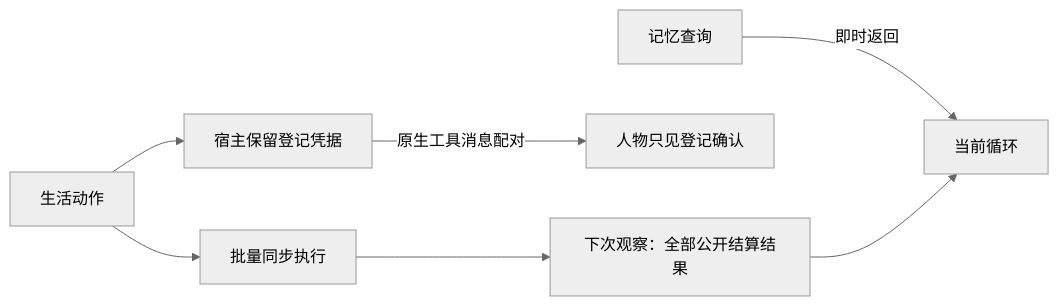
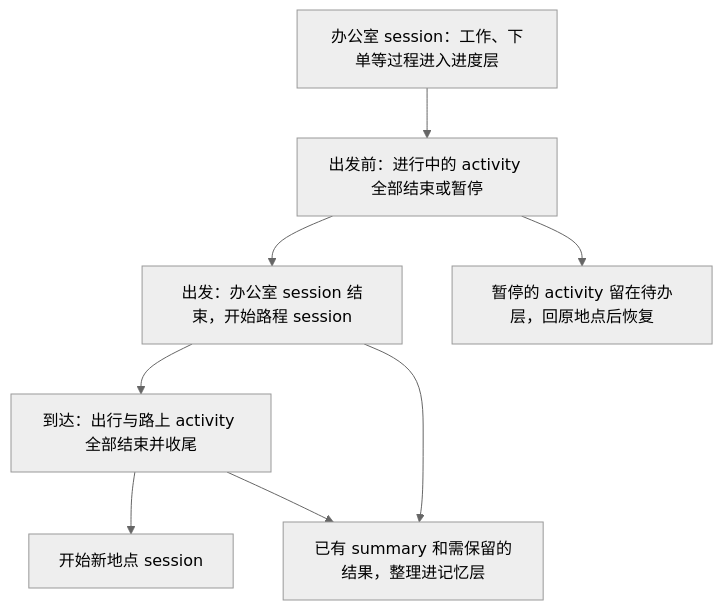
One commit to HoldThatThgt/WorldMock changed the second of 4 diagrams in docs/dev/PROPOSAL-decision-context.md. Above: the diagram before and after it, drawn with Mermaid (neutral theme). The commit also changed other lines of this file and 11 other files, not shown here.

````diff
--- a/docs/dev/PROPOSAL-decision-context.md
+++ b/docs/dev/PROPOSAL-decision-context.md
@@ -51,9 +191,11 @@
 ```mermaid
-flowchart LR
-    Q[记忆查询] -->|即时返回| M[当前循环]
-    A[生活动作] --> H[宿主保留登记凭据]
-    H -->|原生工具消息配对| C[人物只见登记确认]
-    A --> B[批量同步执行]
-    B --> O[下次观察：全部公开结算结果]
-    O --> M
+flowchart TB
+    A[办公室 session：工作、下单等过程进入进度层]
+    A --> B[出发前：进行中的 activity 全部结束或暂停]
+    B --> C[出发：办公室 session 结束，开始路程 session]
+    C --> D[到达：出行与路上 activity 全部结束并收尾]
+    D --> E[开始新地点 session]
+    B --> T[暂停的 activity 留在待办层，回原地点后恢复]
+    C --> M[已有 summary 和需保留的结果，整理进记忆层]
+    D --> M
 ```
````
